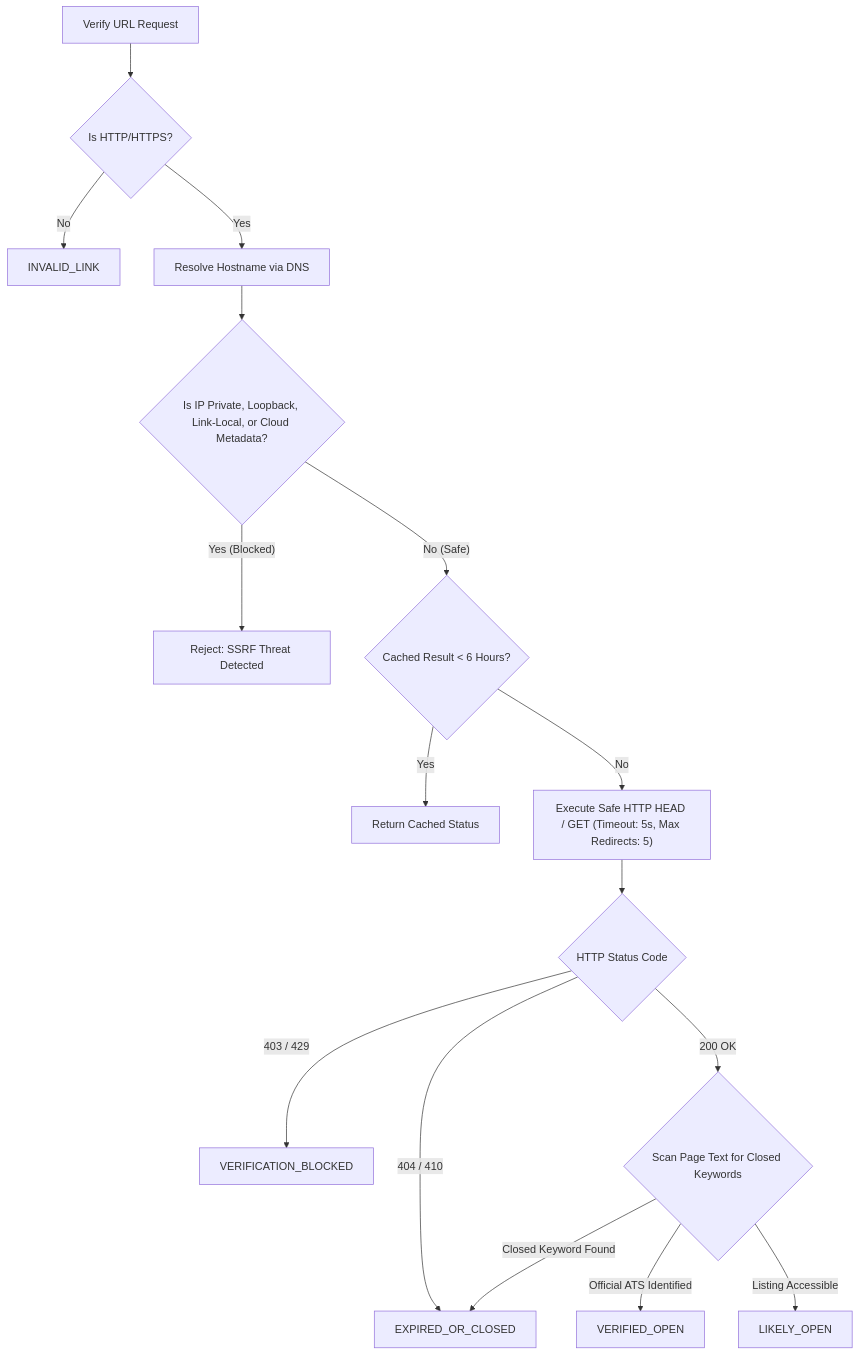
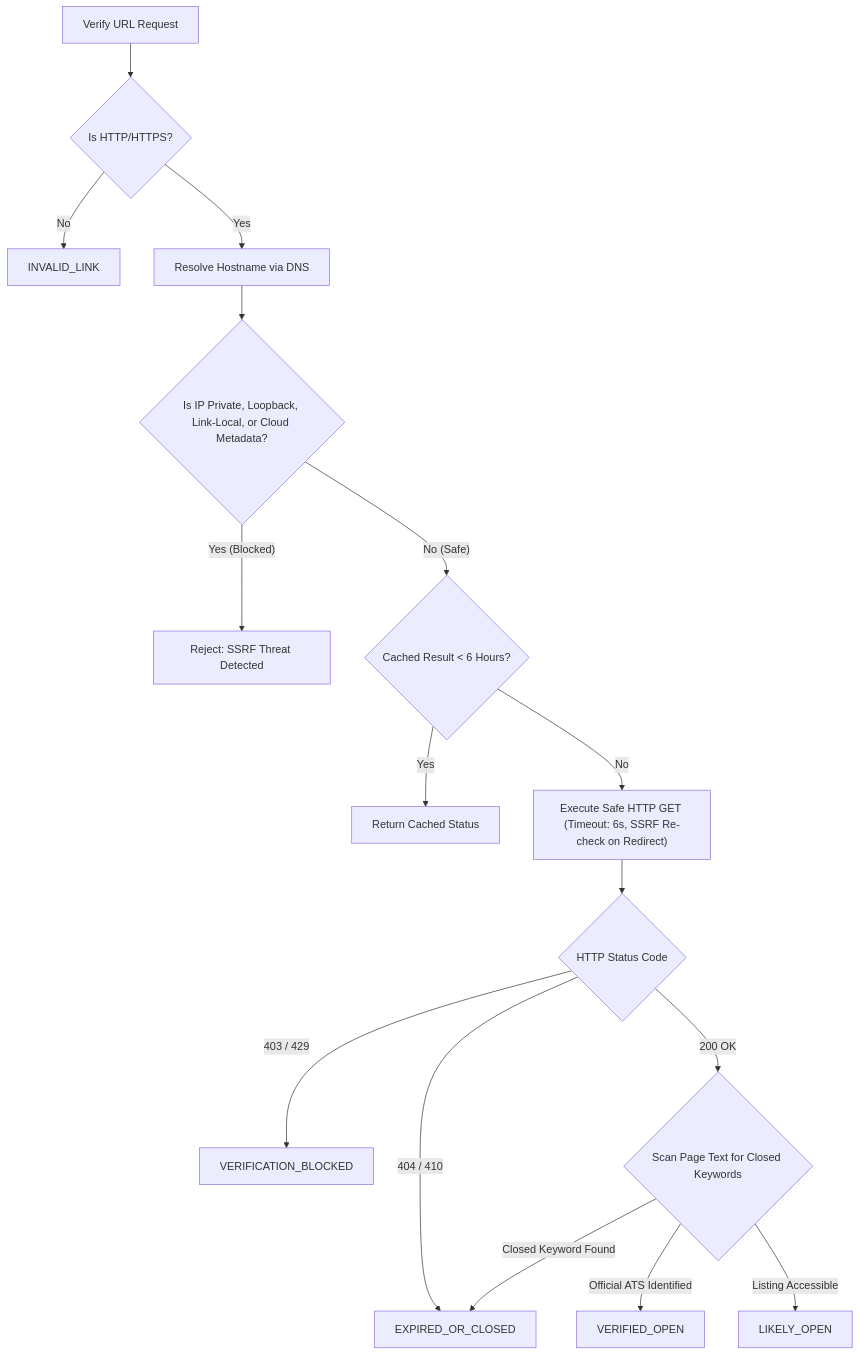
Before and after one commit to Pratikshaprabhakarbande/JobPulseAI: the second of 2 diagrams in docs/ARCHITECTURE.md, drawn with Mermaid. The commit also changed other lines of this file and 5 other files, not shown here.

````diff
--- a/docs/ARCHITECTURE.md
+++ b/docs/ARCHITECTURE.md
@@ -122,22 +122,22 @@
 ```mermaid
 flowchart TD
     Start["Verify URL Request"] --> ProtoCheck{"Is HTTP/HTTPS?"}
     ProtoCheck -- No --> Invalid["INVALID_LINK"]
     ProtoCheck -- Yes --> DNSResolve["Resolve Hostname via DNS"]
 
     DNSResolve --> SSRFCheck{"Is IP Private, Loopback, Link-Local, or Cloud Metadata?"}
     SSRFCheck -- Yes (Blocked) --> SSRFBlock["Reject: SSRF Threat Detected"]
     SSRFCheck -- No (Safe) --> CacheCheck{"Cached Result < 6 Hours?"}
 
     CacheCheck -- Yes --> ReturnCache["Return Cached Status"]
-    CacheCheck -- No --> FetchHTTP["Execute Safe HTTP HEAD / GET (Timeout: 5s, Max Redirects: 5)"]
+    CacheCheck -- No --> FetchHTTP["Execute Safe HTTP GET (Timeout: 6s, SSRF Re-check on Redirect)"]
 
     FetchHTTP --> HTTPStatus{"HTTP Status Code"}
     HTTPStatus -- 404 / 410 --> Closed["EXPIRED_OR_CLOSED"]
     HTTPStatus -- 403 / 429 --> Blocked["VERIFICATION_BLOCKED"]
     HTTPStatus -- 200 OK --> DOMScan{"Scan Page Text for Closed Keywords"}
 
     DOMScan -- Closed Keyword Found --> Closed
     DOMScan -- Official ATS Identified --> VerifiedOpen["VERIFIED_OPEN"]
     DOMScan -- Listing Accessible --> LikelyOpen["LIKELY_OPEN"]
 ```
````
